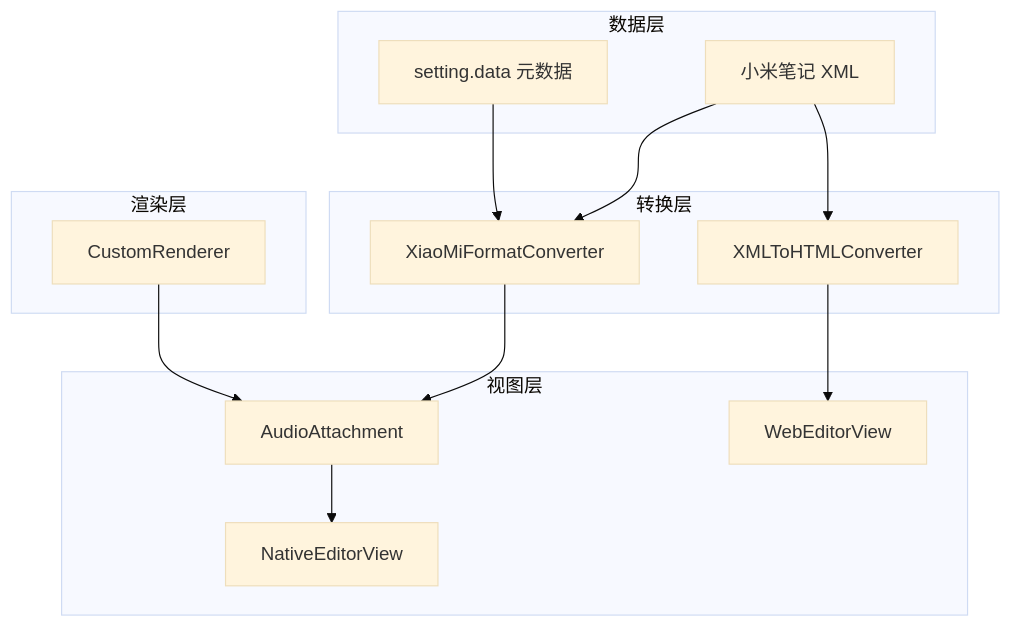
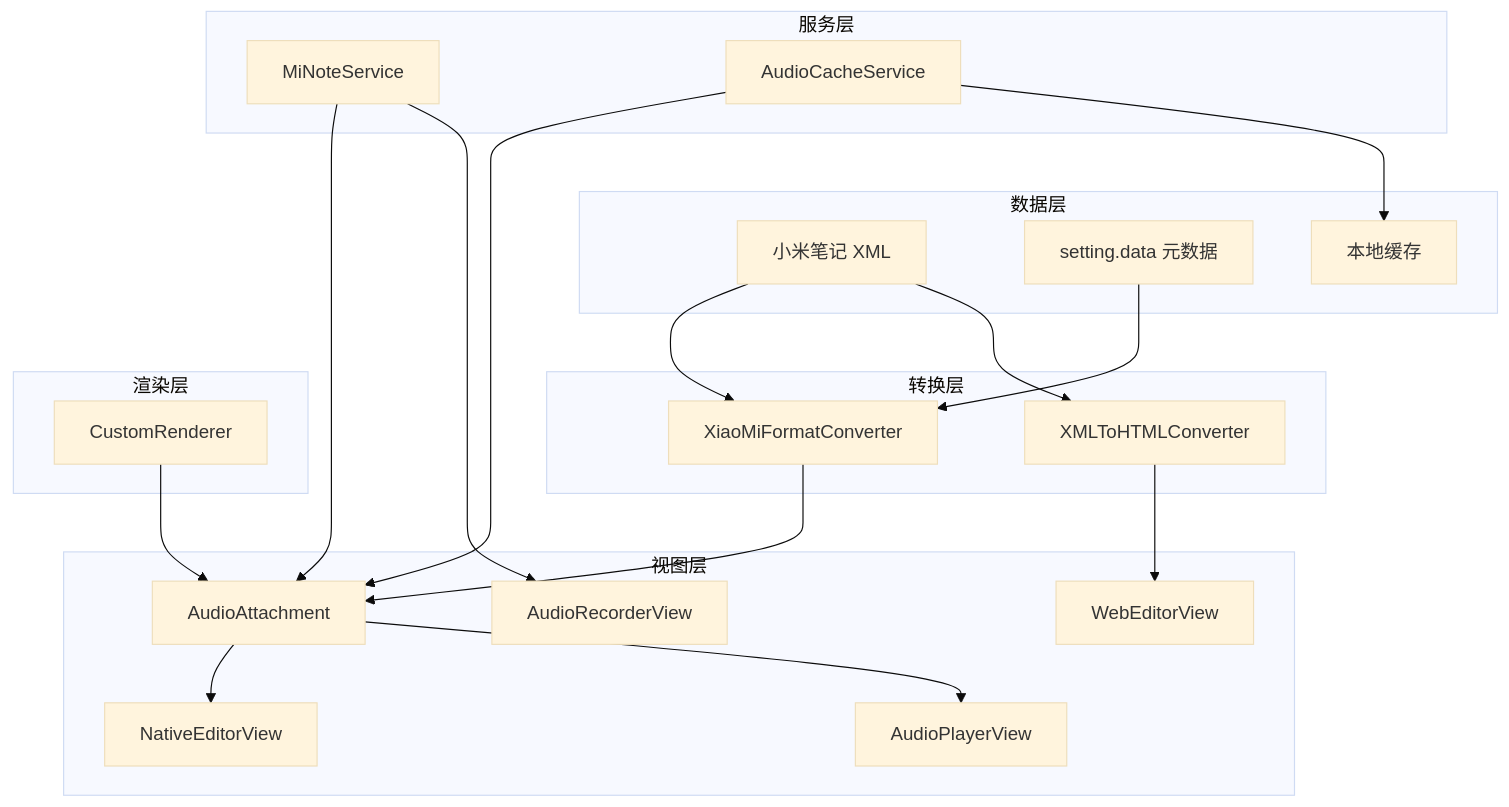
Before and after one commit to Acckion/XiaomiNote-for-Mac: the first of 3 diagrams in .kiro/specs/audio-file-support/design.md, drawn with Mermaid (base theme). The commit also changed other lines of this file and 44 other files, not shown here.

````diff
--- a/.kiro/specs/audio-file-support/design.md
+++ b/.kiro/specs/audio-file-support/design.md
@@ -18,32 +30,46 @@
 ```mermaid
 graph TB
     subgraph "数据层"
         XML[小米笔记 XML]
         Setting[setting.data 元数据]
+        Cache[本地缓存]
+    end
+    
+    subgraph "服务层"
+        MNS[MiNoteService]
+        ACS[AudioCacheService]
     end
     
     subgraph "转换层"
         XFC[XiaoMiFormatConverter]
         XTHC[XMLToHTMLConverter]
     end
     
     subgraph "视图层"
         AA[AudioAttachment]
+        AP[AudioPlayerView]
+        AR[AudioRecorderView]
         NE[NativeEditorView]
         WE[WebEditorView]
     end
     
     subgraph "渲染层"
         CR[CustomRenderer]
     end
     
     XML --> XFC
     Setting --> XFC
     XFC --> AA
     AA --> NE
+    AA --> AP
     
     XML --> XTHC
     XTHC --> WE
     
     CR --> AA
+    
+    MNS --> AA
+    MNS --> AR
+    ACS --> AA
+    ACS --> Cache
 ```
````
